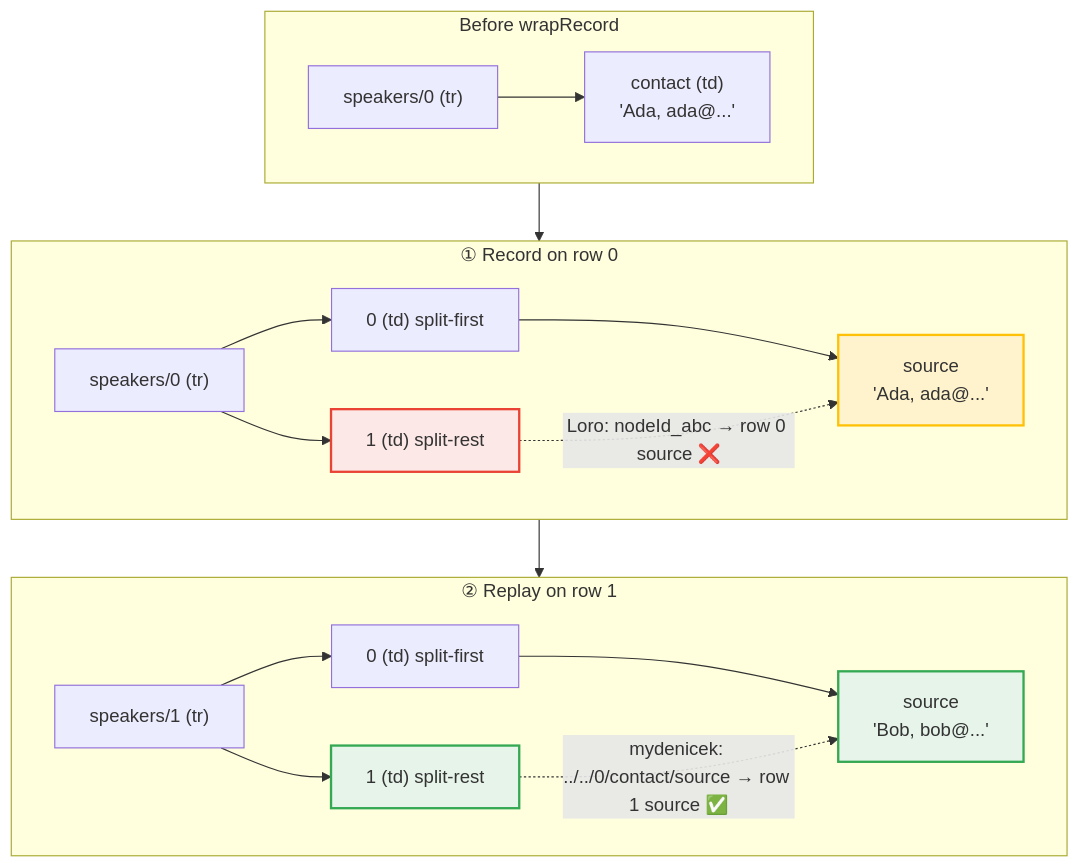
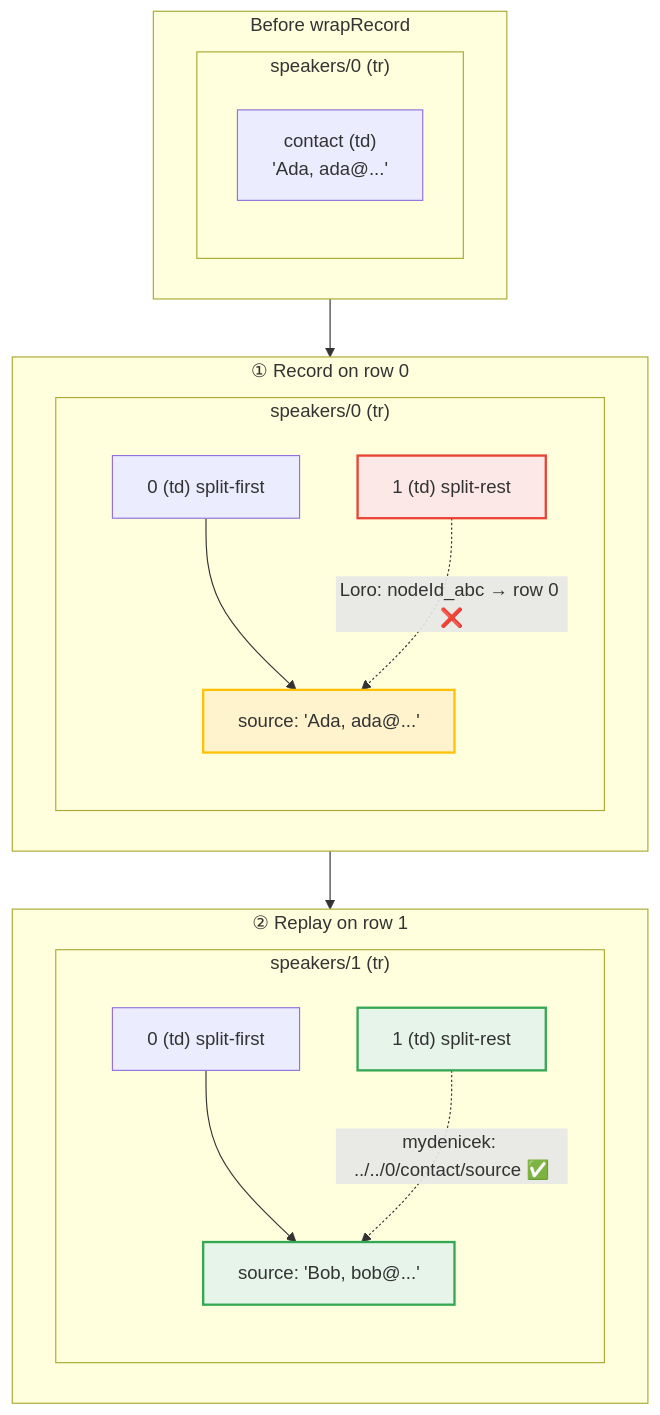
The diagram in img/retargeting.mmd (krsion/master-thesis), drawn with Mermaid before and after one commit. The commit also changed 1 other file, not shown here.

Commit message:
Nest children inside parent subgraphs in retargeting diagram

```diff
--- a/img/retargeting.mmd
+++ b/img/retargeting.mmd
@@ -1,39 +1,34 @@
 graph TB
     subgraph before["Before wrapRecord"]
-        direction LR
-        B0["speakers/0 (tr)"]
-        B0C["contact (td)<br/>'Ada, ada@...'"]
-        B0 --> B0C
+        subgraph B0["speakers/0 (tr)"]
+            B0C["contact (td)<br/>'Ada, ada@...'"]
+        end
     end
 
     subgraph record["① Record on row 0"]
-        direction LR
-        R0["speakers/0 (tr)"]
-        R0a["0 (td) split-first"]
-        R0s["source<br/>'Ada, ada@...'"]
-        R0b["1 (td) split-rest"]
-        R0 --> R0a
-        R0a --> R0s
-        R0 --> R0b
+        subgraph R0["speakers/0 (tr)"]
+            R0a["0 (td) split-first"]
+            R0s["source: 'Ada, ada@...'"]
+            R0b["1 (td) split-rest"]
+            R0a --> R0s
+        end
     end
 
     subgraph replay["② Replay on row 1"]
-        direction LR
-        R1["speakers/1 (tr)"]
-        R1a["0 (td) split-first"]
-        R1s["source<br/>'Bob, bob@...'"]
-        R1b["1 (td) split-rest"]
-        R1 --> R1a
-        R1a --> R1s
-        R1 --> R1b
+        subgraph R1["speakers/1 (tr)"]
+            R1a["0 (td) split-first"]
+            R1s["source: 'Bob, bob@...'"]
+            R1b["1 (td) split-rest"]
+            R1a --> R1s
+        end
     end
 
     before --> record --> replay
 
-    R0b -. "Loro: nodeId_abc → row 0 source ❌" .-> R0s
-    R1b -. "mydenicek: ../../0/contact/source → row 1 source ✅" .-> R1s
+    R0b -. "Loro: nodeId_abc → row 0 ❌" .-> R0s
+    R1b -. "mydenicek: ../../0/contact/source ✅" .-> R1s
 
     style R0b fill:#fce8e6,stroke:#ea4335,stroke-width:2px
     style R1b fill:#e6f4ea,stroke:#34a853,stroke-width:2px
     style R0s fill:#fff3cd,stroke:#ffc107,stroke-width:2px
     style R1s fill:#e6f4ea,stroke:#34a853,stroke-width:2px
```
